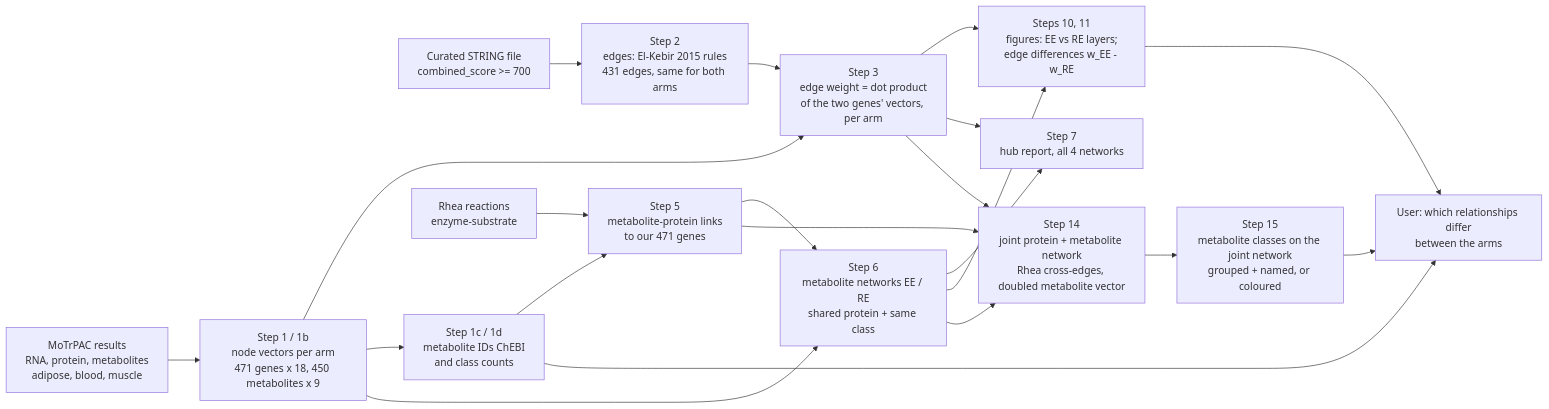
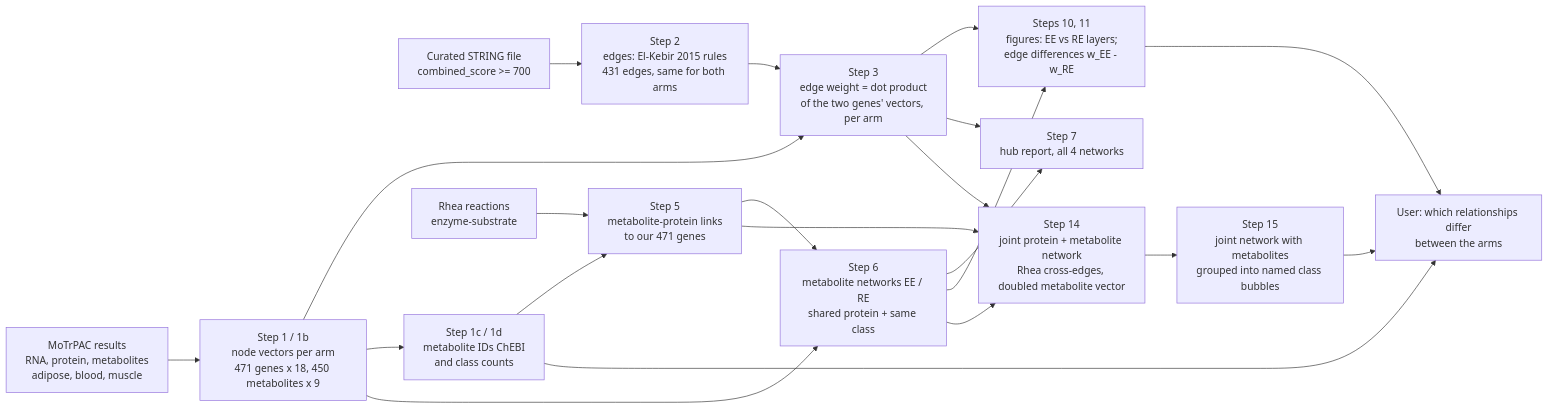
Before and after one commit to Stanford-Bioinformatics-Center/multiomics-hackathon-2026-track-1: the diagram in network/README.md, drawn with Mermaid. The commit also changed other lines of this file and 2 other files, not shown here.

First line of the commit message:
Step 15: keep the class-bubble version only (15a = arms separately, 15b = difference); restore step 16

````diff
--- a/network/README.md
+++ b/network/README.md
@@ -43,23 +43,23 @@
 ```mermaid
 flowchart LR
   A[MoTrPAC results<br/>RNA, protein, metabolites<br/>adipose, blood, muscle] --> B[Step 1 / 1b<br/>node vectors per arm<br/>471 genes x 18, 450 metabolites x 9]
   S[Curated STRING file<br/>combined_score >= 700] --> C[Step 2<br/>edges: El-Kebir 2015 rules<br/>431 edges, same for both arms]
   B --> D[Step 3<br/>edge weight = dot product<br/>of the two genes' vectors, per arm]
   C --> D
   B --> F[Step 1c / 1d<br/>metabolite IDs ChEBI<br/>and class counts]
   D --> P[Steps 10, 11<br/>figures: EE vs RE layers;<br/>edge differences w_EE - w_RE]
   R[Rhea reactions<br/>enzyme-substrate] --> G[Step 5<br/>metabolite-protein links<br/>to our 471 genes]
   F --> G
   G --> H[Step 6<br/>metabolite networks EE / RE<br/>shared protein + same class]
   B --> H
   D --> K[Step 7<br/>hub report, all 4 networks]
   H --> K
   H --> P
   D --> J[Step 14<br/>joint protein + metabolite network<br/>Rhea cross-edges, doubled metabolite vector]
   H --> J
   G --> J
-  J --> Q[Step 15<br/>metabolite classes on the joint network<br/>grouped + named, or coloured]
+  J --> Q[Step 15<br/>joint network with metabolites<br/>grouped into named class bubbles]
   Q --> U
   P --> U[User: which relationships differ<br/>between the arms]
   F --> U
 ```
````
